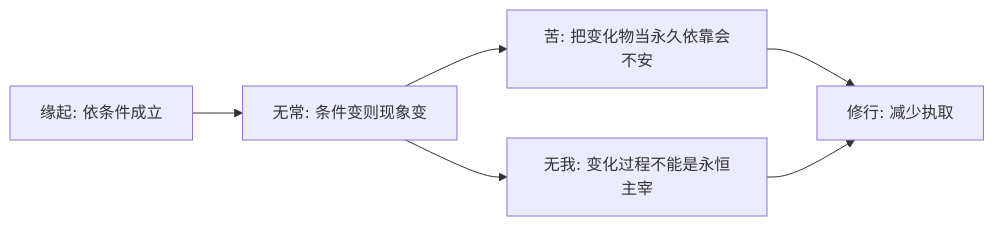
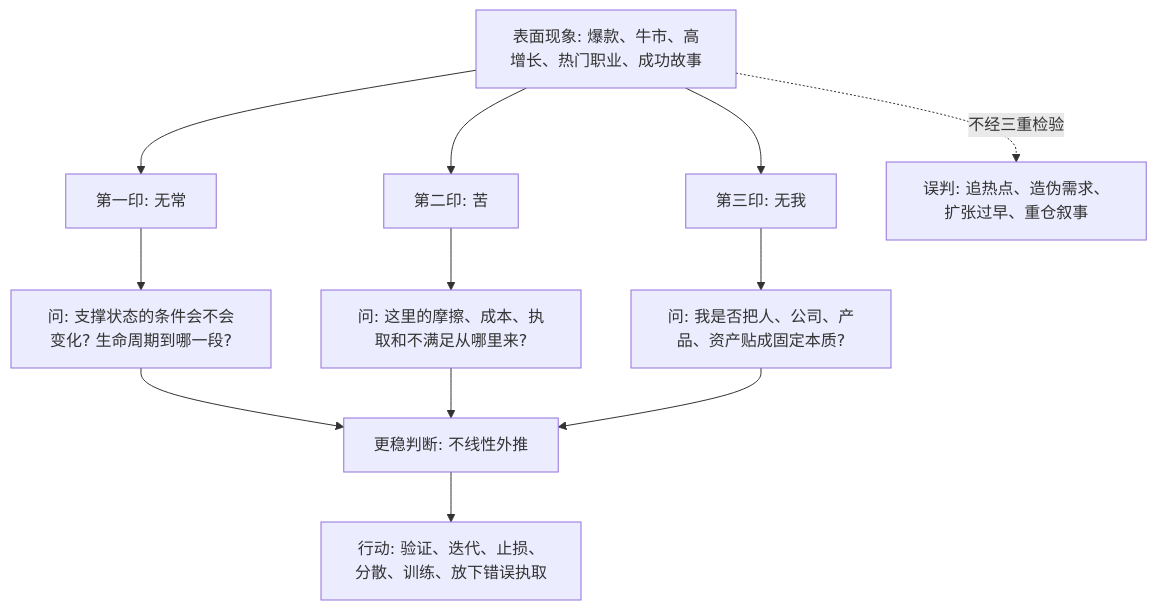
One commit to digoal/blog changed the diagram in 202605/20260518_64.md. Above: the diagram before and after it, drawn with Mermaid. The commit also changed other lines of this file and 15 other files, not shown here.

````diff
--- a/202605/20260518_64.md
+++ b/202605/20260518_64.md
@@ -22,8 +24,14 @@
 ```mermaid
-flowchart LR
-  A["缘起: 依条件成立"] --> B["无常: 条件变则现象变"]
-  B --> C["苦: 把变化物当永久依靠会不安"]
-  B --> D["无我: 变化过程不能是永恒主宰"]
-  C --> E["修行: 减少执取"]
-  D --> E
+flowchart TD
+  A["表面现象: 爆款、牛市、高增长、热门职业、成功故事"] --> B["第一印: 无常"]
+  A --> C["第二印: 苦"]
+  A --> D["第三印: 无我"]
+  B --> B1["问: 支撑状态的条件会不会变化? 生命周期到哪一段?"]
+  C --> C1["问: 这里的摩擦、成本、执取和不满足从哪里来?"]
+  D --> D1["问: 我是否把人、公司、产品、资产贴成固定本质?"]
+  B1 --> E["更稳判断: 不线性外推"]
+  C1 --> E
+  D1 --> E
+  E --> F["行动: 验证、迭代、止损、分散、训练、放下错误执取"]
+  A -. "不经三重检验" .-> G["误判: 追热点、造伪需求、扩张过早、重仓叙事"]
 ```
````
